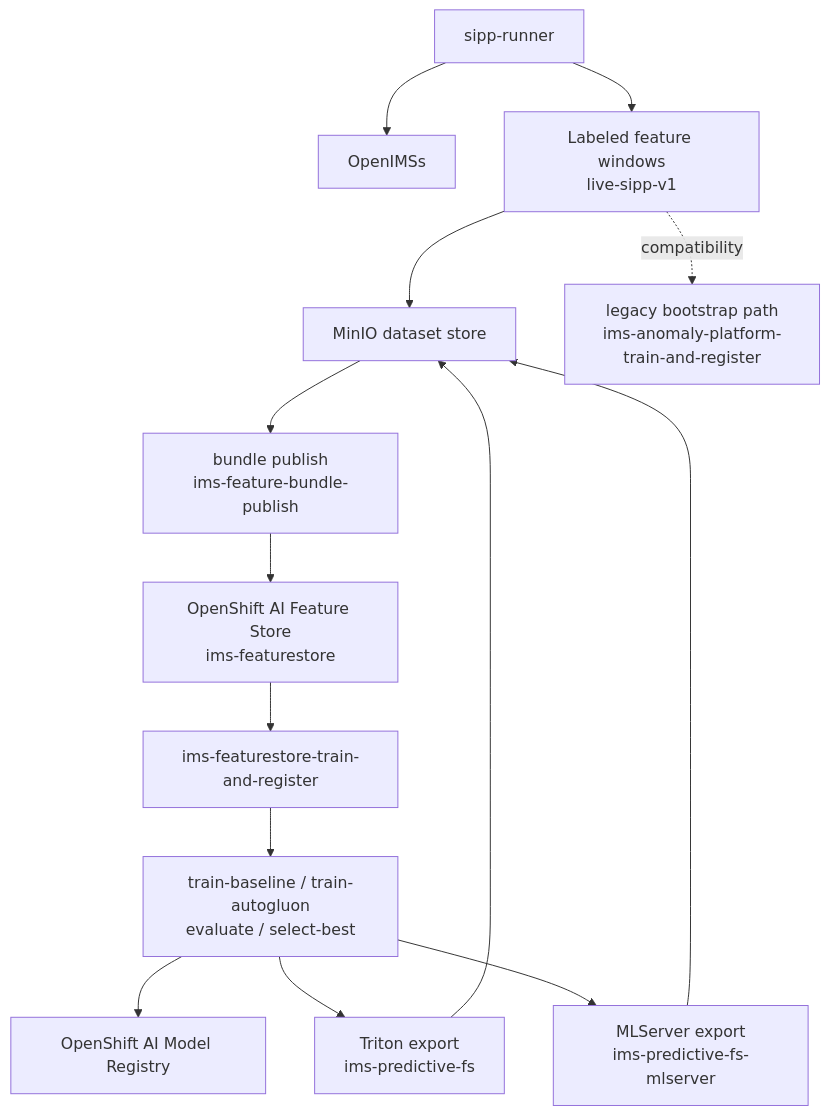
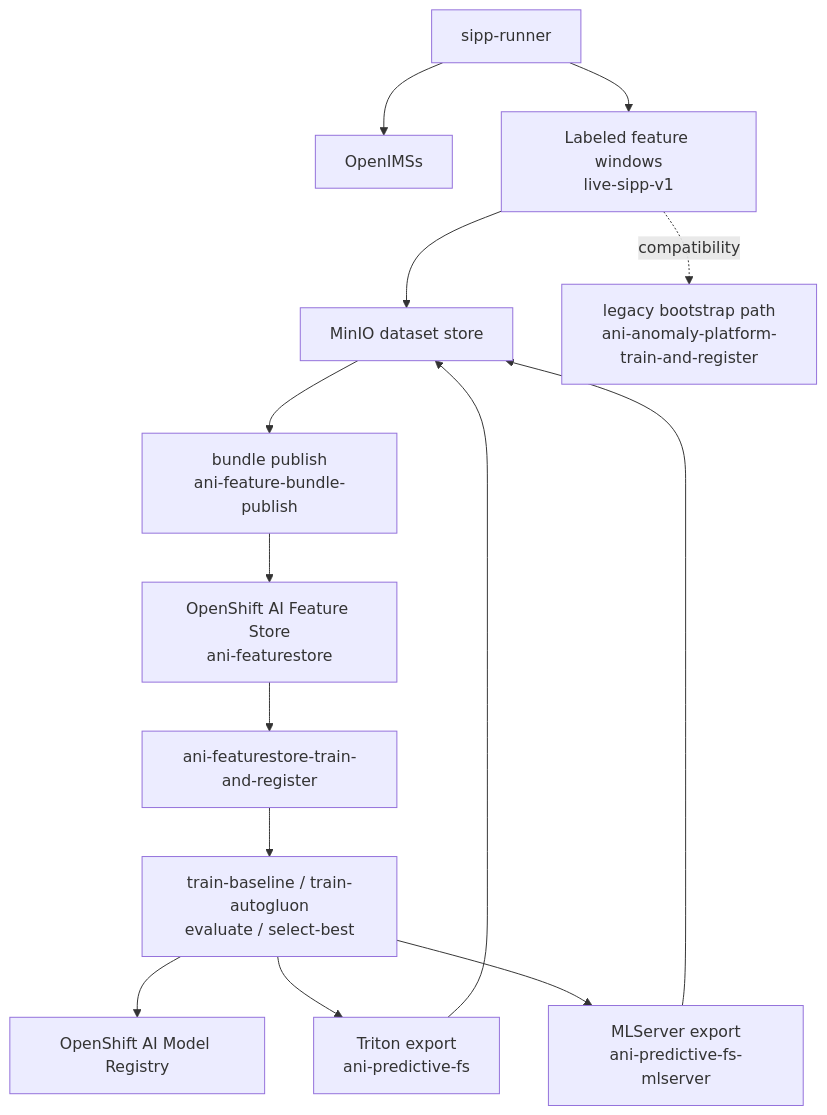
One commit to rh-telco-tigers/Autonomous-Network-Intelligence-Anomaly-Detection-with-Red-Hat-OpenShift-AI changed the third of 6 diagrams in docs/architecture/engineering-spec.md. Above: the diagram before and after it, drawn with Mermaid. The commit also changed other lines of this file and 211 other files, not shown here.

First line of the commit message:
Rename platform prefixes from IMS to ANI.

````diff
--- a/docs/architecture/engineering-spec.md
+++ b/docs/architecture/engineering-spec.md
@@ -167,29 +167,29 @@
 ```mermaid
 flowchart TD
   SIPP["sipp-runner"]
   IMS["OpenIMSs"]
   Windows["Labeled feature windows<br/>live-sipp-v1"]
   MinIO["MinIO dataset store"]
-  Bundle["bundle publish<br/>ims-feature-bundle-publish"]
-  Feast["OpenShift AI Feature Store<br/>ims-featurestore"]
-  Train["ims-featurestore-train-and-register"]
+  Bundle["bundle publish<br/>ani-feature-bundle-publish"]
+  Feast["OpenShift AI Feature Store<br/>ani-featurestore"]
+  Train["ani-featurestore-train-and-register"]
   Evaluate["train-baseline / train-autogluon<br/>evaluate / select-best"]
   Registry["OpenShift AI Model Registry"]
-  TritonRepo["Triton export<br/>ims-predictive-fs"]
-  MLRepo["MLServer export<br/>ims-predictive-fs-mlserver"]
-  Legacy["legacy bootstrap path<br/>ims-anomaly-platform-train-and-register"]
+  TritonRepo["Triton export<br/>ani-predictive-fs"]
+  MLRepo["MLServer export<br/>ani-predictive-fs-mlserver"]
+  Legacy["legacy bootstrap path<br/>ani-anomaly-platform-train-and-register"]
 
   SIPP --> IMS
   SIPP --> Windows
   Windows --> MinIO
   MinIO --> Bundle
   Bundle --> Feast
   Feast --> Train
   Train --> Evaluate
   Evaluate --> Registry
   Evaluate --> TritonRepo
   Evaluate --> MLRepo
   TritonRepo --> MinIO
   MLRepo --> MinIO
   Windows -. compatibility .-> Legacy
 ```
````
